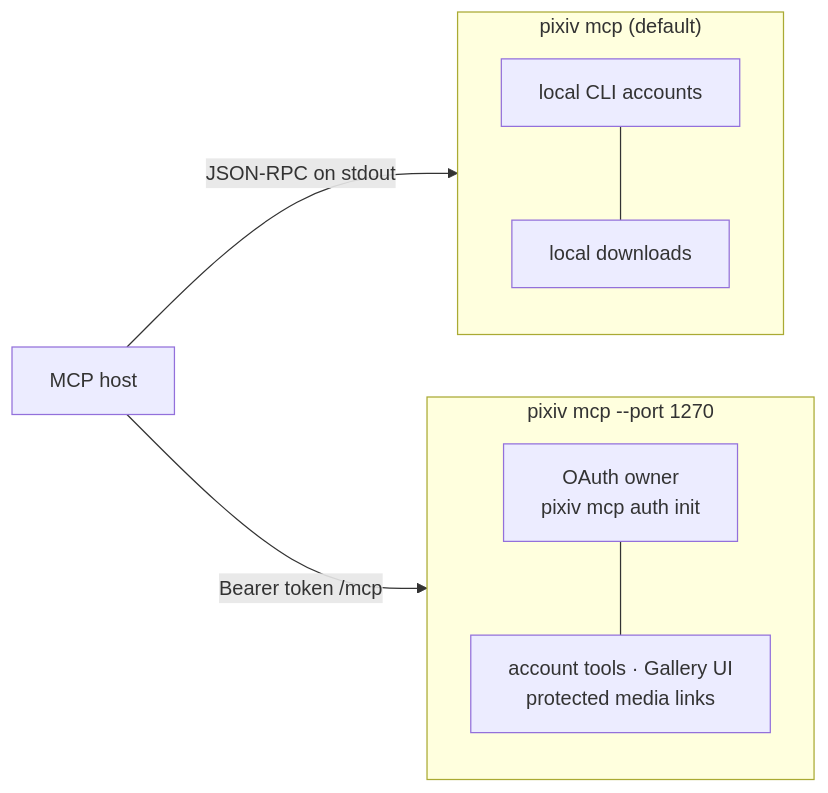
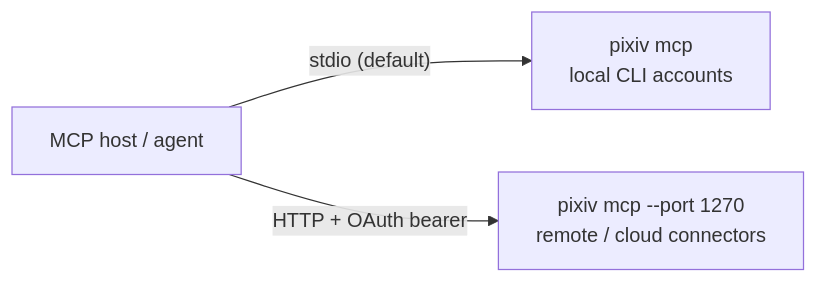
Before and after one commit to FlanChanXwO/pixiv-cli: the third of 3 diagrams in README.md, drawn with Mermaid. The commit also changed other lines of this file and 1 other file, not shown here.

First line of the commit message:
docs: trim README MCP section to setup only

````diff
--- a/README.md
+++ b/README.md
@@ -111,11 +111,5 @@
 ```mermaid
 flowchart LR
-    subgraph stdio["pixiv mcp (default)"]
-        L1["local CLI accounts"] --- L2["local downloads"]
-    end
-    subgraph http["pixiv mcp --port 1270"]
-        H1["OAuth owner<br/>pixiv mcp auth init"] --- H2["account tools · Gallery UI<br/>protected media links"]
-    end
-    Host["MCP host"] -->|"JSON-RPC on stdout"| stdio
-    Host -->|"Bearer token /mcp"| http
+    Host["MCP host / agent"] -->|"stdio (default)"| L["pixiv mcp<br/>local CLI accounts"]
+    Host -->|"HTTP + OAuth bearer"| H["pixiv mcp --port 1270<br/>remote / cloud connectors"]
 ```
````
